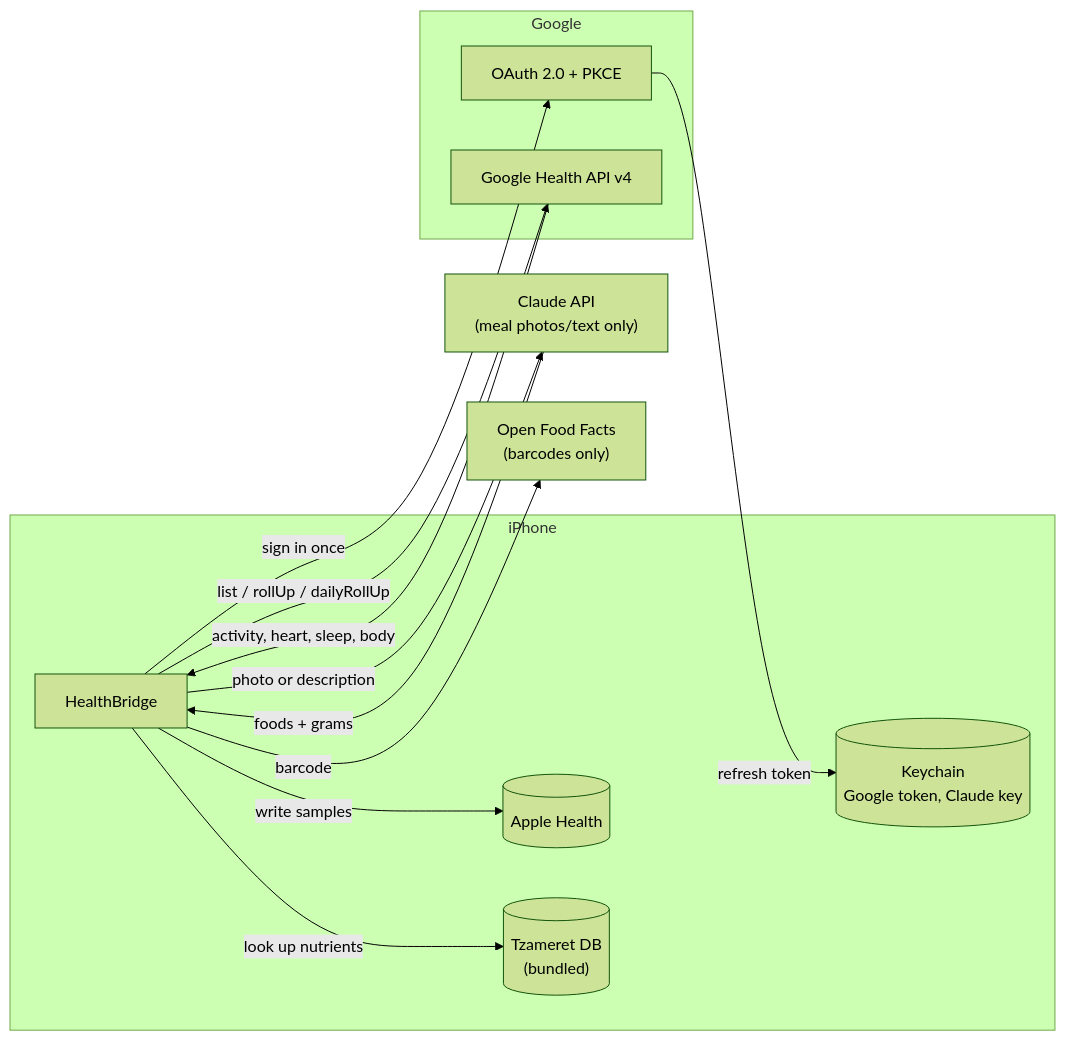
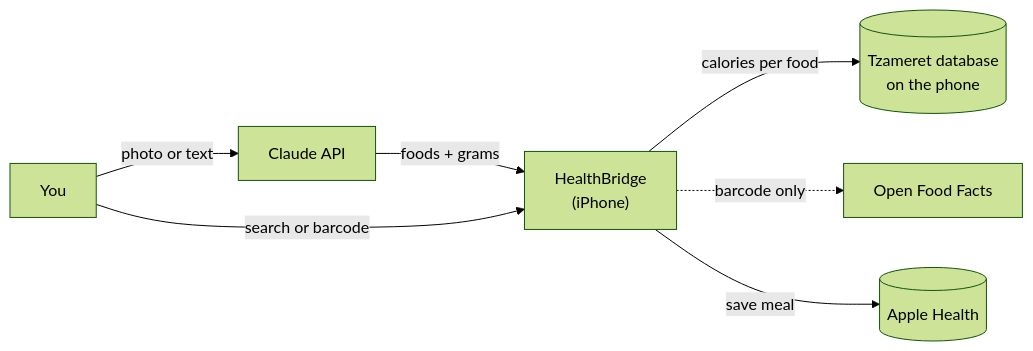
Before and after one commit to yanivbahalul/fitness-google-sync: the second of 2 diagrams in README.md, drawn with Mermaid (forest theme). The commit also changed other lines of this file, not shown here.

Commit message:
README: split the architecture diagram into two simple flows (sync, food)
Claude-Session: https://claude.ai/code/session_01LERbcXY37CXCEAxix1tNyk

````diff
--- a/README.md
+++ b/README.md
@@ -136,25 +152,9 @@
 ```mermaid
 flowchart LR
-    subgraph Phone["iPhone"]
-        App["HealthBridge"]
-        KC[("Keychain<br/>Google token, Claude key")]
-        HK[("Apple Health")]
-        DB[("Tzameret DB<br/>(bundled)")]
-    end
-    subgraph Google["Google"]
-        OAuth["OAuth 2.0 + PKCE"]
-        GH["Google Health API v4"]
-    end
-    Claude["Claude API<br/>(meal photos/text only)"]
-    OFF["Open Food Facts<br/>(barcodes only)"]
-
-    App -->|sign in once| OAuth
-    OAuth -->|refresh token| KC
-    App -->|list / rollUp / dailyRollUp| GH
-    GH -->|activity, heart, sleep, body| App
-    App -->|write samples| HK
-    App -->|photo or description| Claude
-    Claude -->|foods + grams| App
-    App -->|look up nutrients| DB
-    App -->|barcode| OFF
+    You["You"] -->|"photo or text"| Claude["Claude API"]
+    Claude -->|"foods + grams"| App["HealthBridge<br/>(iPhone)"]
+    You -->|"search or barcode"| App
+    App -->|"calories per food"| DB[("Tzameret database<br/>on the phone")]
+    App -.->|"barcode only"| OFF["Open Food Facts"]
+    App -->|"save meal"| Health[("Apple Health")]
 ```
````
